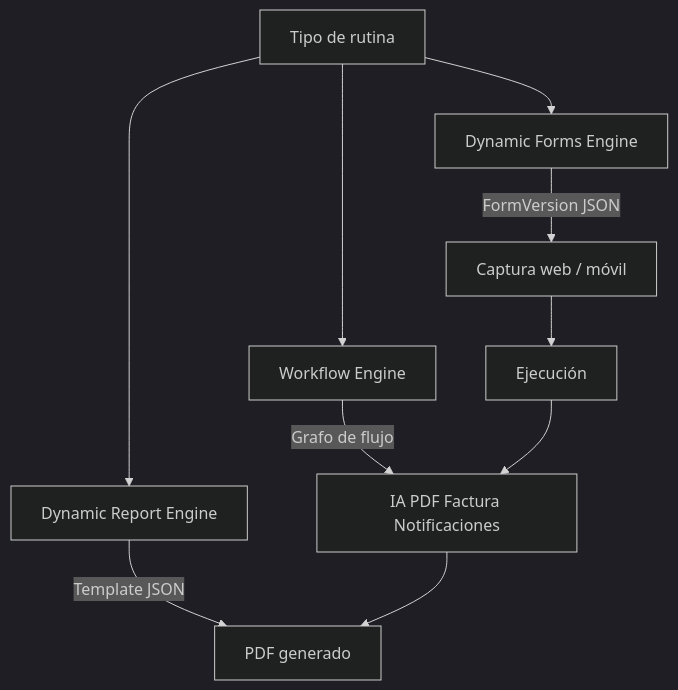
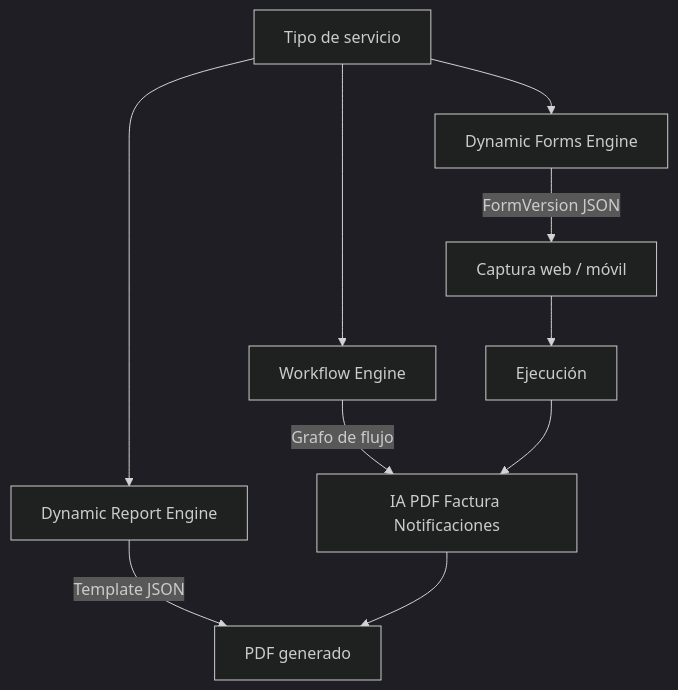
One commit to Adrian247/noah changed the diagram in openspec/diagrams/metadata-engines.md. Above: the diagram before and after it, drawn with Mermaid (dark theme). The commit also changed 279 other files, not shown here.

````diff
--- a/openspec/diagrams/metadata-engines.md
+++ b/openspec/diagrams/metadata-engines.md
@@ -5,16 +5,16 @@
 ```mermaid
 flowchart TB
-  RT[Tipo de rutina]
+  RT[Tipo de servicio]
 
   RT --> F[Dynamic Forms Engine]
   RT --> R[Dynamic Report Engine]
   RT --> W[Workflow Engine]
 
   F -->|FormVersion JSON| CAP[Captura web / móvil]
   R -->|Template JSON| PDF[PDF generado]
   W -->|Grafo de flujo| AUTO[IA PDF Factura Notificaciones]
 
   CAP --> EXE[Ejecución]
   EXE --> AUTO
   AUTO --> PDF
 ```
````
